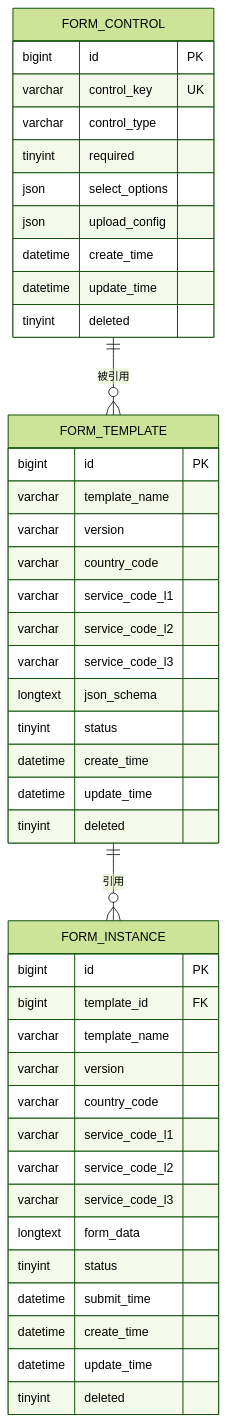
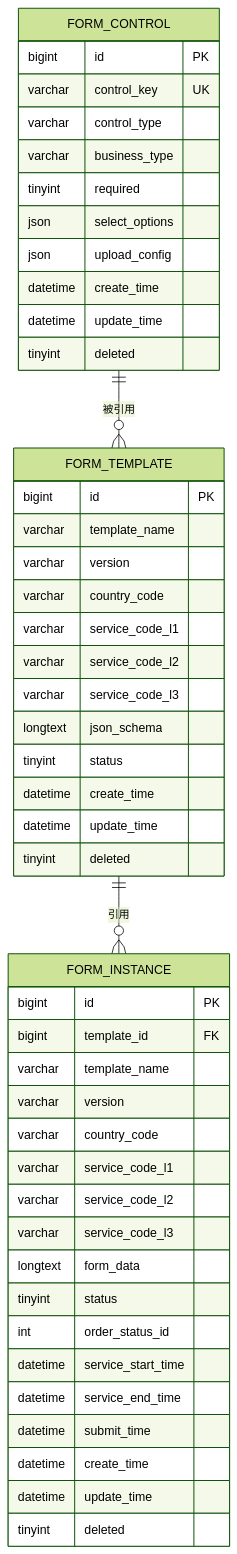
Before and after one commit to NJMrLi/genetics: the second of 3 diagrams in .qoder/repowiki/zh/content/数据库设计/数据库设计.md, drawn with Mermaid (forest theme). The commit also changed other lines of this file and 19 other files, not shown here.

````diff
--- a/.qoder/repowiki/zh/content/数据库设计/数据库设计.md
+++ b/.qoder/repowiki/zh/content/数据库设计/数据库设计.md
@@ -108,46 +141,50 @@
 ```mermaid
 erDiagram
 FORM_CONTROL {
 bigint id PK
 varchar control_key UK
 varchar control_type
+varchar business_type
 tinyint required
 json select_options
 json upload_config
 datetime create_time
 datetime update_time
 tinyint deleted
 }
 FORM_TEMPLATE {
 bigint id PK
 varchar template_name
 varchar version
 varchar country_code
 varchar service_code_l1
 varchar service_code_l2
 varchar service_code_l3
 longtext json_schema
 tinyint status
 datetime create_time
 datetime update_time
 tinyint deleted
 }
 FORM_INSTANCE {
 bigint id PK
 bigint template_id FK
 varchar template_name
 varchar version
 varchar country_code
 varchar service_code_l1
 varchar service_code_l2
 varchar service_code_l3
 longtext form_data
 tinyint status
+int order_status_id
+datetime service_start_time
+datetime service_end_time
 datetime submit_time
 datetime create_time
 datetime update_time
 tinyint deleted
 }
 FORM_TEMPLATE ||--o{ FORM_INSTANCE : "引用"
 FORM_CONTROL ||--o{ FORM_TEMPLATE : "被引用"
 ```
````
